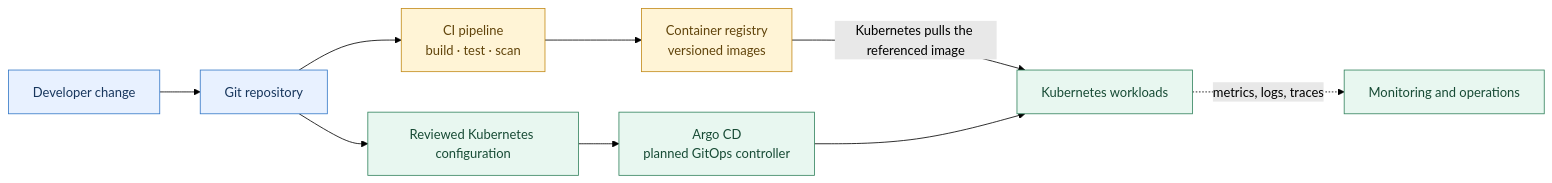
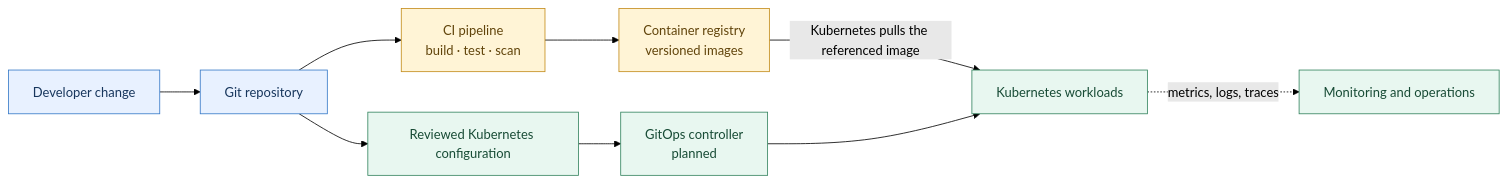
The fourth of 4 diagrams in docs/fullArchitectureHashimoto .md (EdwinRodriguezValle/hashimoto-platform), drawn with Mermaid (forest theme) before and after one commit. The commit also changed other lines of this file and 6 other files, not shown here.

````diff
--- a/docs/fullArchitectureHashimoto .md
+++ b/docs/fullArchitectureHashimoto .md
@@ -226,19 +226,19 @@
 ```mermaid
 flowchart LR
   classDef source fill:#E8F1FF,stroke:#3478C7,color:#17365D
   classDef build fill:#FFF4D6,stroke:#C38B19,color:#61440B
   classDef deploy fill:#E8F7F0,stroke:#33835E,color:#174B35
 
   Dev[Developer change] --> Repo[Git repository]
   Repo --> CI[CI pipeline<br/>build · test · scan]
   CI --> Registry[Container registry<br/>versioned images]
   Repo --> Config[Reviewed Kubernetes configuration]
-  Config --> Argo[Argo CD<br/>planned GitOps controller]
+  Config --> GitOps[GitOps controller<br/>planned]
   Registry -->|Kubernetes pulls the referenced image| Cluster[Kubernetes workloads]
-  Argo --> Cluster
+  GitOps --> Cluster
   Cluster -. metrics, logs, traces .-> Ops[Monitoring and operations]
 
   class Dev,Repo source
   class CI,Registry build
-  class Config,Argo,Cluster,Ops deploy
+  class Config,GitOps,Cluster,Ops deploy
 ```
````
